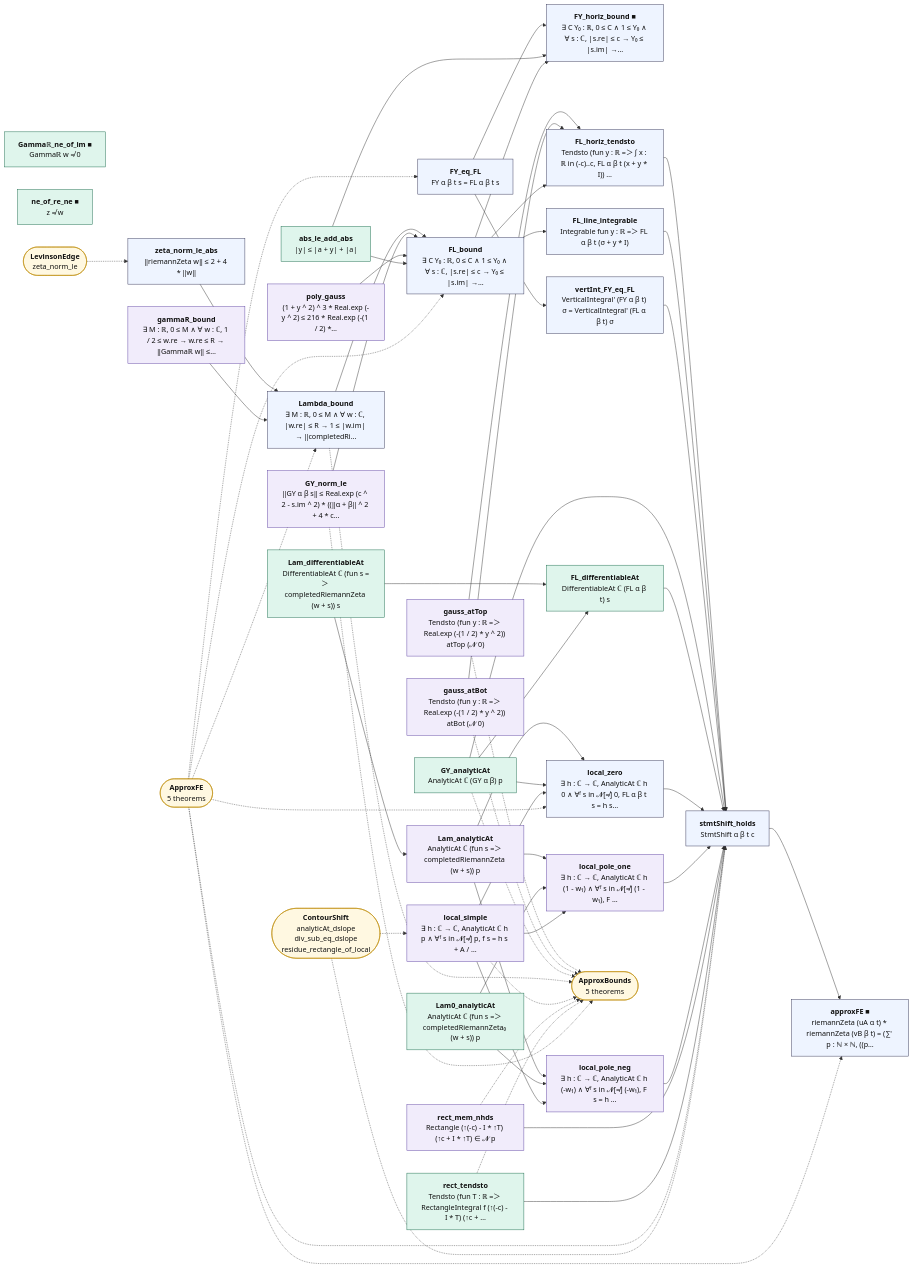
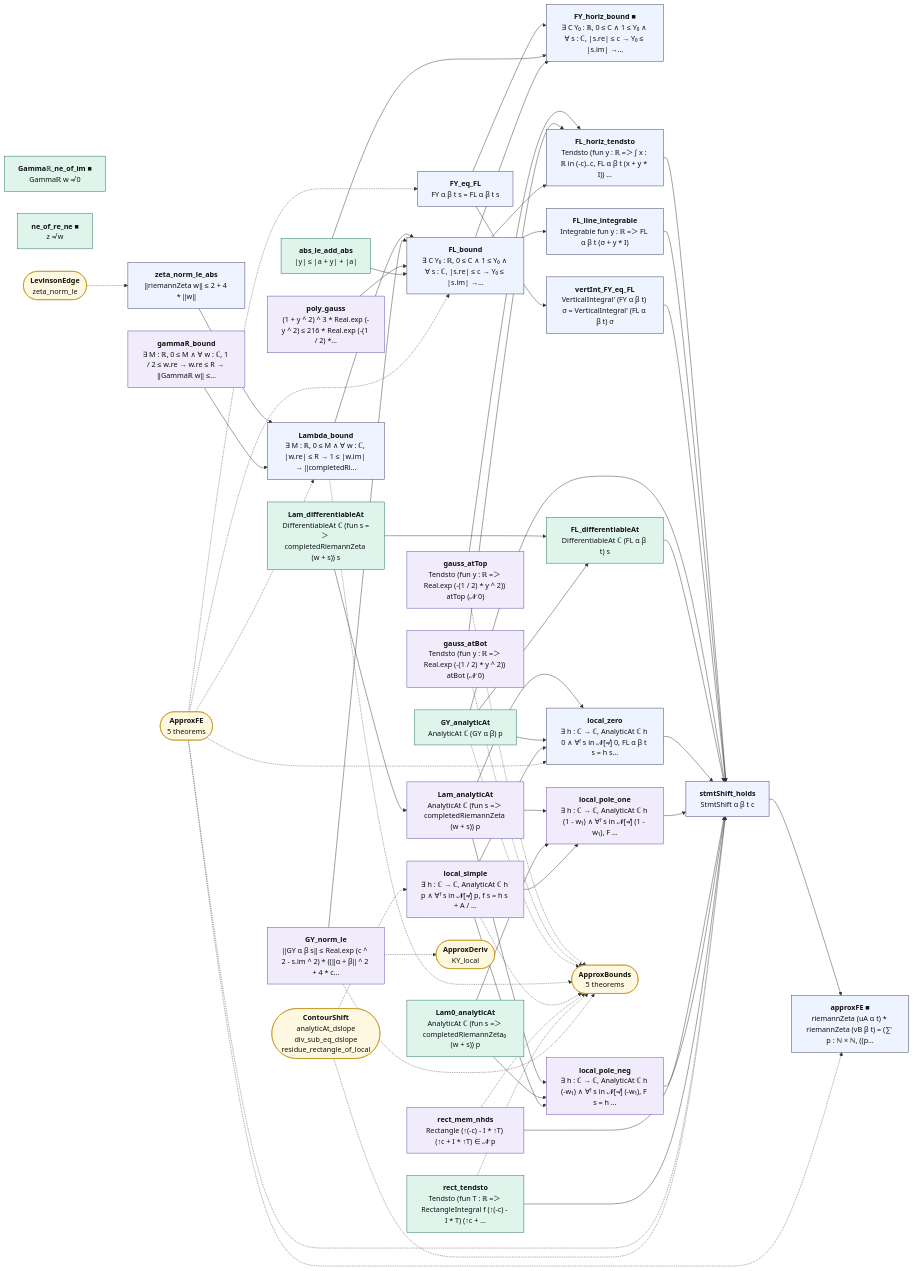
The diagram in map/lean_stage3/ApproxShift.mmd (juliansambranojr/Primebeat_081426), drawn with Mermaid before and after one commit. The commit also changed 18 other files, not shown here.

```diff
--- a/map/lean_stage3/ApproxShift.mmd
+++ b/map/lean_stage3/ApproxShift.mmd
@@ -1,96 +1,98 @@
 flowchart LR
   n0["<b>zeta_norm_le_abs</b><br/>‖riemannZeta w‖ ≤ 2 + 4 * ‖w‖"]:::thm
   n1["<b>gammaR_bound</b><br/>∃ M : ℝ, 0 ≤ M ∧ ∀ w : ℂ, 1 / 2 ≤ w.re → w.re ≤ R → ‖Gammaℝ w‖ ≤…"]:::shp
   n2["<b>Lambda_bound</b><br/>∃ M : ℝ, 0 ≤ M ∧ ∀ w : ℂ, |w.re| ≤ R → 1 ≤ |w.im| → ‖completedRi…"]:::thm
   n3["<b>GY_norm_le</b><br/>‖GY α β s‖ ≤ Real.exp (c ^ 2 - s.im ^ 2) * ((‖α + β‖ ^ 2 + 4 * c…"]:::shp
   n4["<b>poly_gauss</b><br/>(1 + y ^ 2) ^ 3 * Real.exp (-y ^ 2) ≤ 216 * Real.exp (-(1 / 2) *…"]:::shp
   n5["<b>FY_eq_FL</b><br/>FY α β t s = FL α β t s"]:::thm
   n6["<b>Gammaℝ_ne_of_im ■</b><br/>Gammaℝ w ≠ 0"]:::cnt
   n7["<b>abs_le_add_abs</b><br/>|y| ≤ |a + y| + |a|"]:::cnt
   n8["<b>FL_bound</b><br/>∃ C Y₀ : ℝ, 0 ≤ C ∧ 1 ≤ Y₀ ∧ ∀ s : ℂ, |s.re| ≤ c → Y₀ ≤ |s.im| →…"]:::thm
   n9["<b>FY_horiz_bound ■</b><br/>∃ C Y₀ : ℝ, 0 ≤ C ∧ 1 ≤ Y₀ ∧ ∀ s : ℂ, |s.re| ≤ c → Y₀ ≤ |s.im| →…"]:::thm
   n10["<b>gauss_atTop</b><br/>Tendsto (fun y : ℝ =＞ Real.exp (-(1 / 2) * y ^ 2)) atTop (𝓝 0)"]:::shp
   n11["<b>gauss_atBot</b><br/>Tendsto (fun y : ℝ =＞ Real.exp (-(1 / 2) * y ^ 2)) atBot (𝓝 0)"]:::shp
   n12["<b>FL_horiz_tendsto</b><br/>Tendsto (fun y : ℝ =＞ ∫ x : ℝ in (-c)..c, FL α β t (x + y * I)) …"]:::thm
   n13["<b>FL_line_integrable</b><br/>Integrable fun y : ℝ =＞ FL α β t (σ + y * I)"]:::thm
   n14["<b>vertInt_FY_eq_FL</b><br/>VerticalIntegral' (FY α β t) σ = VerticalIntegral' (FL α β t) σ"]:::thm
   n15["<b>Lam_differentiableAt</b><br/>DifferentiableAt ℂ (fun s =＞ completedRiemannZeta (w + s)) s"]:::cnt
   n16["<b>Lam_analyticAt</b><br/>AnalyticAt ℂ (fun s =＞ completedRiemannZeta (w + s)) p"]:::shp
   n17["<b>Lam0_analyticAt</b><br/>AnalyticAt ℂ (fun s =＞ completedRiemannZeta₀ (w + s)) p"]:::cnt
   n18["<b>GY_analyticAt</b><br/>AnalyticAt ℂ (GY α β) p"]:::cnt
   n19["<b>FL_differentiableAt</b><br/>DifferentiableAt ℂ (FL α β t) s"]:::cnt
   n20["<b>local_simple</b><br/>∃ h : ℂ → ℂ, AnalyticAt ℂ h p ∧ ∀ᶠ s in 𝓝[≠] p, f s = h s + A / …"]:::shp
   n21["<b>local_zero</b><br/>∃ h : ℂ → ℂ, AnalyticAt ℂ h 0 ∧ ∀ᶠ s in 𝓝[≠] 0, FL α β t s = h s…"]:::thm
   n22["<b>local_pole_one</b><br/>∃ h : ℂ → ℂ, AnalyticAt ℂ h (1 - w₁) ∧ ∀ᶠ s in 𝓝[≠] (1 - w₁), F …"]:::shp
   n23["<b>local_pole_neg</b><br/>∃ h : ℂ → ℂ, AnalyticAt ℂ h (-w₁) ∧ ∀ᶠ s in 𝓝[≠] (-w₁), F s = h …"]:::shp
   n24["<b>ne_of_re_ne ■</b><br/>z ≠ w"]:::cnt
   n25["<b>rect_mem_nhds</b><br/>Rectangle (↑(-c) - I * ↑T) (↑c + I * ↑T) ∈ 𝓝 p"]:::shp
   n26["<b>rect_tendsto</b><br/>Tendsto (fun T : ℝ =＞ RectangleIntegral f (↑(-c) - I * T) (↑c + …"]:::cnt
   n27["<b>stmtShift_holds</b><br/>StmtShift α β t c"]:::thm
   n28["<b>approxFE ■</b><br/>riemannZeta (uA α t) * riemannZeta (vB β t) = (∑' p : ℕ × ℕ, ((p…"]:::thm
   x0(["<b>LevinsonEdge</b><br/>zeta_norm_le"]):::ext
   x1(["<b>ApproxFE</b><br/>5 theorems"]):::ext
   x2(["<b>ApproxBounds</b><br/>5 theorems"]):::ext
-  x3(["<b>ContourShift</b><br/>analyticAt_dslope<br/>div_sub_eq_dslope<br/>residue_rectangle_of_local"]):::ext
+  x3(["<b>ApproxDeriv</b><br/>KY_local"]):::ext
+  x4(["<b>ContourShift</b><br/>analyticAt_dslope<br/>div_sub_eq_dslope<br/>residue_rectangle_of_local"]):::ext
   n0 --> n2
   n1 --> n2
   n10 --> n12
   n11 --> n12
   n12 --> n27
   n13 --> n27
   n14 --> n27
   n15 --> n16
   n15 --> n19
   n16 --> n21
   n16 --> n22
   n16 --> n23
   n17 --> n22
   n17 --> n23
   n18 --> n19
   n18 --> n21
   n18 --> n27
   n19 --> n27
   n2 --> n8
   n20 --> n21
   n20 --> n22
   n20 --> n23
   n21 --> n27
   n22 --> n27
   n23 --> n27
   n25 --> n27
   n26 --> n27
   n27 --> n28
   n3 --> n8
   n4 --> n8
   n5 --> n14
   n5 --> n9
   n7 --> n8
   n7 --> n9
   n8 --> n12
   n8 --> n13
   n8 --> n9
   n10 -.-> x2
   n11 -.-> x2
   n18 -.-> x2
   n2 -.-> x2
   n20 -.-> x2
   n25 -.-> x2
   n26 -.-> x2
   n3 -.-> x2
+  n3 -.-> x3
   x0 -.-> n0
   x1 -.-> n2
   x1 -.-> n21
   x1 -.-> n27
   x1 -.-> n28
   x1 -.-> n5
   x1 -.-> n8
-  x3 -.-> n20
-  x3 -.-> n27
+  x4 -.-> n20
+  x4 -.-> n27
   classDef cnt fill:#dff5ec,stroke:#17694a,color:#111
   classDef shp fill:#f1ecfb,stroke:#5b3fa0,color:#111
   classDef rh fill:#ffe5e5,stroke:#c22,color:#111,stroke-width:2px
   classDef thm fill:#eef4ff,stroke:#335,color:#111
   classDef end_ fill:#e7f7e7,stroke:#2a7,color:#111,stroke-width:2px
   classDef lone fill:#fff,stroke:#999,color:#111,stroke-dasharray:4 3
   classDef bad fill:#ffe5e5,stroke:#c22,color:#111,stroke-width:2px
   classDef ext fill:#fff8e1,stroke:#b80,color:#111
```
